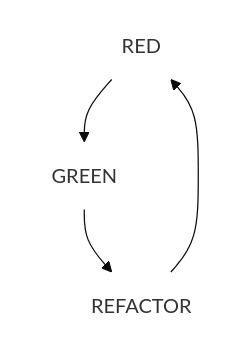
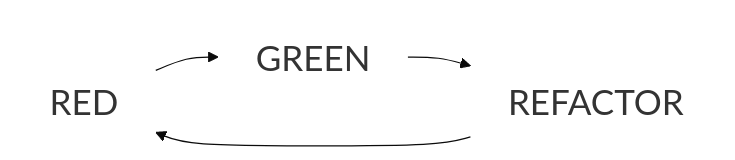
The diagram in README.md (segin-GH/TDD-4-Embedded), drawn with Mermaid before and after one commit. The commit also changed other lines of this file, not shown here.

````diff
--- a/README.md
+++ b/README.md
@@ -11,7 +11,7 @@
 ```mermaid
 
-%%{init: {'theme': 'base', 'themeVariables': { 'primaryColor': '#0000', 'edgeLabelBackground':'#ffffee', 'tertiaryColor': '#fff0f0'}}}%%
+%%{init: {'theme': 'base', 'themeVariables': { 'primaryColor': '#0000', 'edgeLabelBackground':'#ffffee','fontSize':'  28px', 'tertiaryColor': '#fff0f0'}}}%%
 
-graph TD;
+graph LR;
 RED-->GREEN-->REFACTOR-->RED
 ```
````
